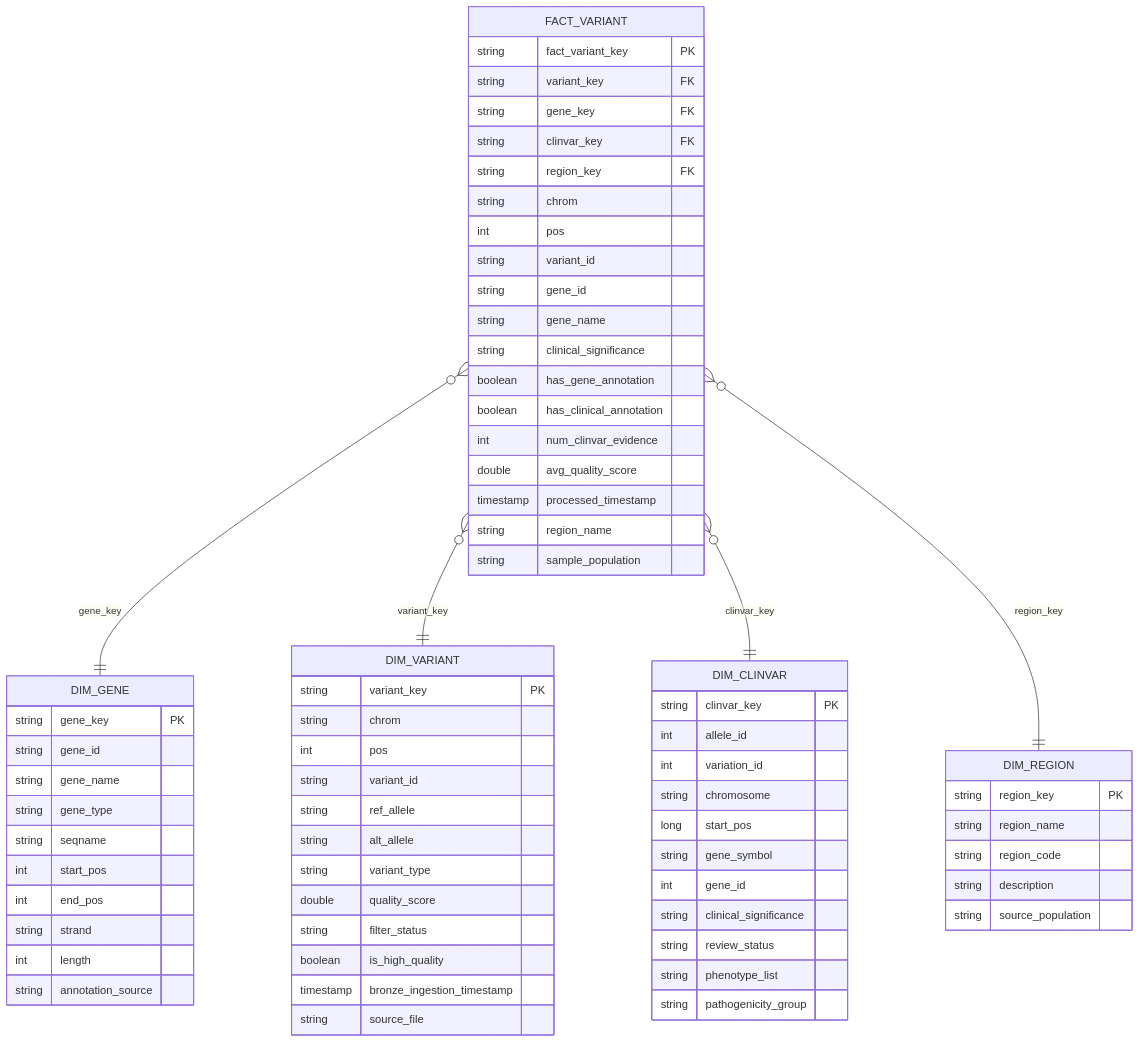
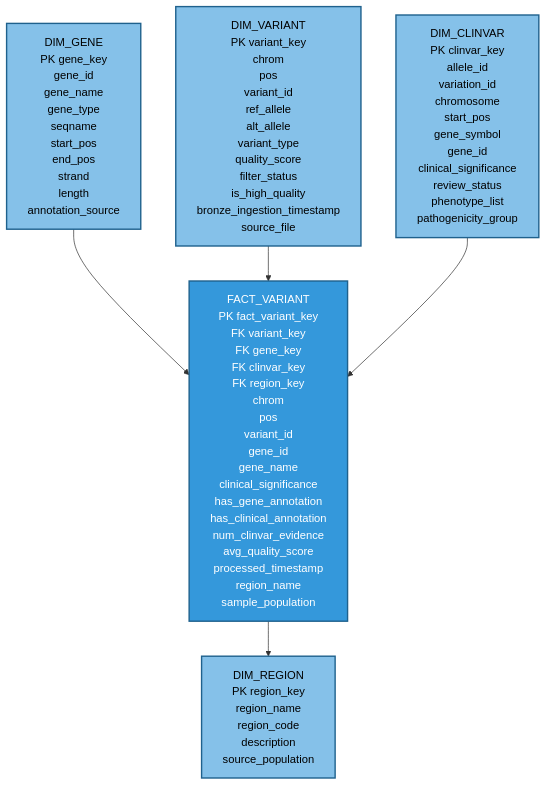
Before and after one commit to Manasa0512/Genomics_pipeline: the first of 3 diagrams in pipeline_diagram.md, drawn with Mermaid.

````diff
--- a/pipeline_diagram.md
+++ b/pipeline_diagram.md
@@ -31,78 +31,19 @@
 ```mermaid
-erDiagram
-    FACT_VARIANT {
-        string fact_variant_key PK
-        string variant_key FK
-        string gene_key FK
-        string clinvar_key FK
-        string region_key FK
-        string chrom
-        int pos
-        string variant_id
-        string gene_id
-        string gene_name
-        string clinical_significance
-        boolean has_gene_annotation
-        boolean has_clinical_annotation
-        int num_clinvar_evidence
-        double avg_quality_score
-        timestamp processed_timestamp
-        string region_name
-        string sample_population
-    }
+flowchart TB
+    classDef fact fill:#3498db,stroke:#1f618d,stroke-width:2px,color:#fff;
+    classDef dim fill:#85c1e9,stroke:#1f618d,stroke-width:2px,color:#000;
 
-    DIM_GENE {
-        string gene_key PK
-        string gene_id
-        string gene_name
-        string gene_type
-        string seqname
-        int start_pos
-        int end_pos
-        string strand
-        int length
-        string annotation_source
-    }
+    DIM_GENE["DIM_GENE<br>PK gene_key<br>gene_id<br>gene_name<br>gene_type<br>seqname<br>start_pos<br>end_pos<br>strand<br>length<br>annotation_source"]
+    DIM_VARIANT["DIM_VARIANT<br>PK variant_key<br>chrom<br>pos<br>variant_id<br>ref_allele<br>alt_allele<br>variant_type<br>quality_score<br>filter_status<br>is_high_quality<br>bronze_ingestion_timestamp<br>source_file"]
+    FACT_VARIANT["FACT_VARIANT<br>PK fact_variant_key<br>FK variant_key<br>FK gene_key<br>FK clinvar_key<br>FK region_key<br>chrom<br>pos<br>variant_id<br>gene_id<br>gene_name<br>clinical_significance<br>has_gene_annotation<br>has_clinical_annotation<br>num_clinvar_evidence<br>avg_quality_score<br>processed_timestamp<br>region_name<br>sample_population"]
+    DIM_CLINVAR["DIM_CLINVAR<br>PK clinvar_key<br>allele_id<br>variation_id<br>chromosome<br>start_pos<br>gene_symbol<br>gene_id<br>clinical_significance<br>review_status<br>phenotype_list<br>pathogenicity_group"]
+    DIM_REGION["DIM_REGION<br>PK region_key<br>region_name<br>region_code<br>description<br>source_population"]
 
-    DIM_VARIANT {
-        string variant_key PK
-        string chrom
-        int pos
-        string variant_id
-        string ref_allele
-        string alt_allele
-        string variant_type
-        double quality_score
-        string filter_status
-        boolean is_high_quality
-        timestamp bronze_ingestion_timestamp
-        string source_file
-    }
+    DIM_GENE --> FACT_VARIANT
+    DIM_VARIANT --> FACT_VARIANT
+    DIM_CLINVAR --> FACT_VARIANT
+    FACT_VARIANT --> DIM_REGION
 
-    DIM_CLINVAR {
-        string clinvar_key PK
-        int allele_id
-        int variation_id
-        string chromosome
-        long start_pos
-        string gene_symbol
-        int gene_id
-        string clinical_significance
-        string review_status
-        string phenotype_list
-        string pathogenicity_group
-    }
-
-    DIM_REGION {
-        string region_key PK
-        string region_name
-        string region_code
-        string description
-        string source_population
-    }
-
-    FACT_VARIANT }o--|| DIM_GENE : gene_key
-    FACT_VARIANT }o--|| DIM_VARIANT : variant_key
-    FACT_VARIANT }o--|| DIM_CLINVAR : clinvar_key
-    FACT_VARIANT }o--|| DIM_REGION : region_key
+    class FACT_VARIANT fact;
+    class DIM_GENE,DIM_VARIANT,DIM_CLINVAR,DIM_REGION dim;
 ```
````
